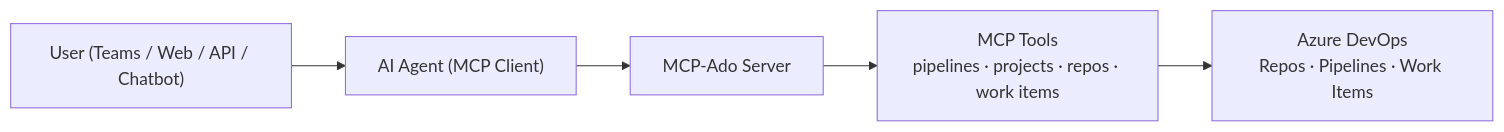
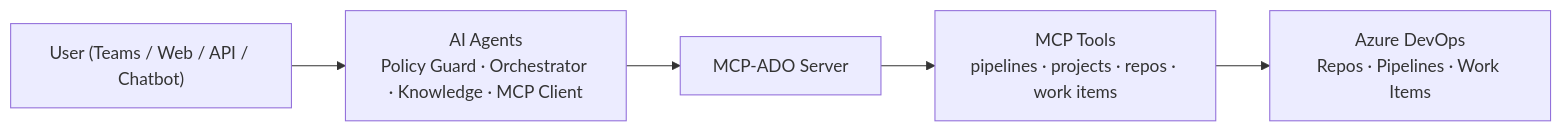
One commit to dsantafe/AutoServiceDeskChallenge changed the first of 2 diagrams in README.md. Above: the diagram before and after it, drawn with Mermaid.

Commit message:
feat: Improve High‑Level Architecture Region

````diff
--- a/README.md
+++ b/README.md
@@ -69,13 +69,13 @@
 ```mermaid
 flowchart LR
     User["User (Teams / Web / API / Chatbot)"]
-    Agent["AI Agent (MCP Client)"]
-    Server["MCP-Ado Server"]
+    Agent["AI Agents<br/>Policy Guard · Orchestrator · Knowledge · MCP Client"]
+    Server["MCP-ADO Server"]
     Tools["MCP Tools<br/>pipelines · projects · repos · work items"]
     ADO["Azure DevOps<br/>Repos · Pipelines · Work Items"]
 
     User --> Agent
     Agent --> Server
     Server --> Tools
     Tools --> ADO
 ```
````
